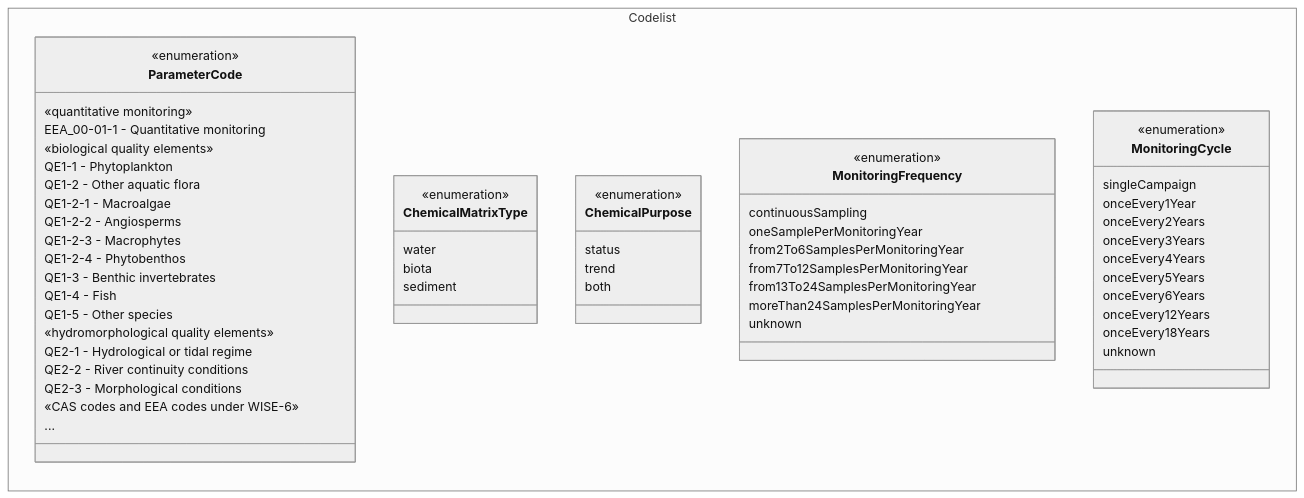
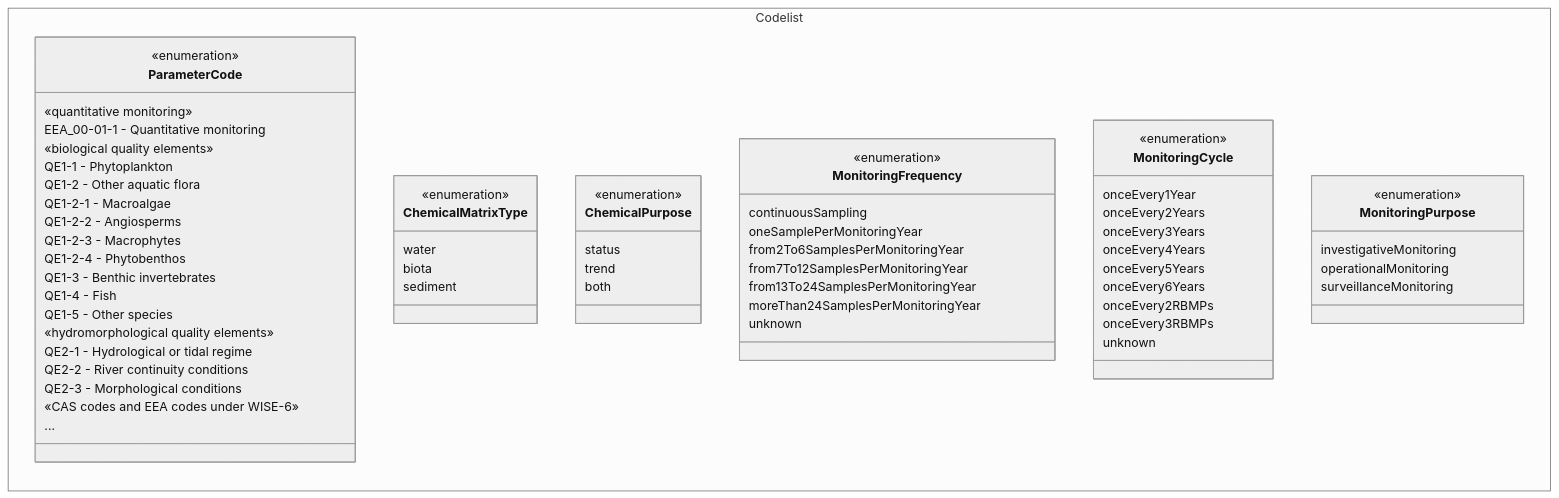
Before and after one commit to eeadata/WISE.WFD.Documentation: the diagram in docs/DataModelReview/mmd/Monitoring_4thCycle_Codelists_ClassDiagram.mmd, drawn with Mermaid. The commit also changed 4 other files, not shown here.

```diff
--- a/docs/DataModelReview/mmd/Monitoring_4thCycle_Codelists_ClassDiagram.mmd
+++ b/docs/DataModelReview/mmd/Monitoring_4thCycle_Codelists_ClassDiagram.mmd
@@ -1,69 +1,75 @@
 %%{init: {'theme': 'neutral'}}%%
 classDiagram
 direction LR
 namespace Codelist{
 class ParameterCode{
   <<enumeration>>
 
   «quantitative monitoring»
   EEA_00-01-1 - Quantitative monitoring
 
   «biological quality elements»
   QE1-1 - Phytoplankton
   QE1-2 - Other aquatic flora
   QE1-2-1 - Macroalgae
   QE1-2-2 - Angiosperms
   QE1-2-3 - Macrophytes
   QE1-2-4 - Phytobenthos
   QE1-3 - Benthic invertebrates
   QE1-4 - Fish
   QE1-5 - Other species
 
   «hydromorphological quality elements»
   QE2-1 - Hydrological or tidal regime
   QE2-2 - River continuity conditions
   QE2-3 - Morphological conditions
 
   «CAS codes and EEA codes under WISE-6»
   ...
 }
 
 class ChemicalMatrixType{
     <<enumeration>>
     water
     biota
     sediment
     }
 
 class ChemicalPurpose{
     <<enumeration>>
     status
     trend
     both
     }   
 
 class MonitoringFrequency{
     <<enumeration>>
     continuousSampling
     oneSamplePerMonitoringYear
     from2To6SamplesPerMonitoringYear
     from7To12SamplesPerMonitoringYear
     from13To24SamplesPerMonitoringYear
     moreThan24SamplesPerMonitoringYear
     unknown
     }   
 
 class MonitoringCycle{
     <<enumeration>>
-    singleCampaign
     onceEvery1Year
     onceEvery2Years
     onceEvery3Years
     onceEvery4Years
     onceEvery5Years
     onceEvery6Years
-    onceEvery12Years
-    onceEvery18Years
+    onceEvery2RBMPs
+    onceEvery3RBMPs
     unknown
     }   
+
+class MonitoringPurpose{
+    <<enumeration>>
+    investigativeMonitoring
+    operationalMonitoring
+    surveillanceMonitoring
+    }       
 }
```
